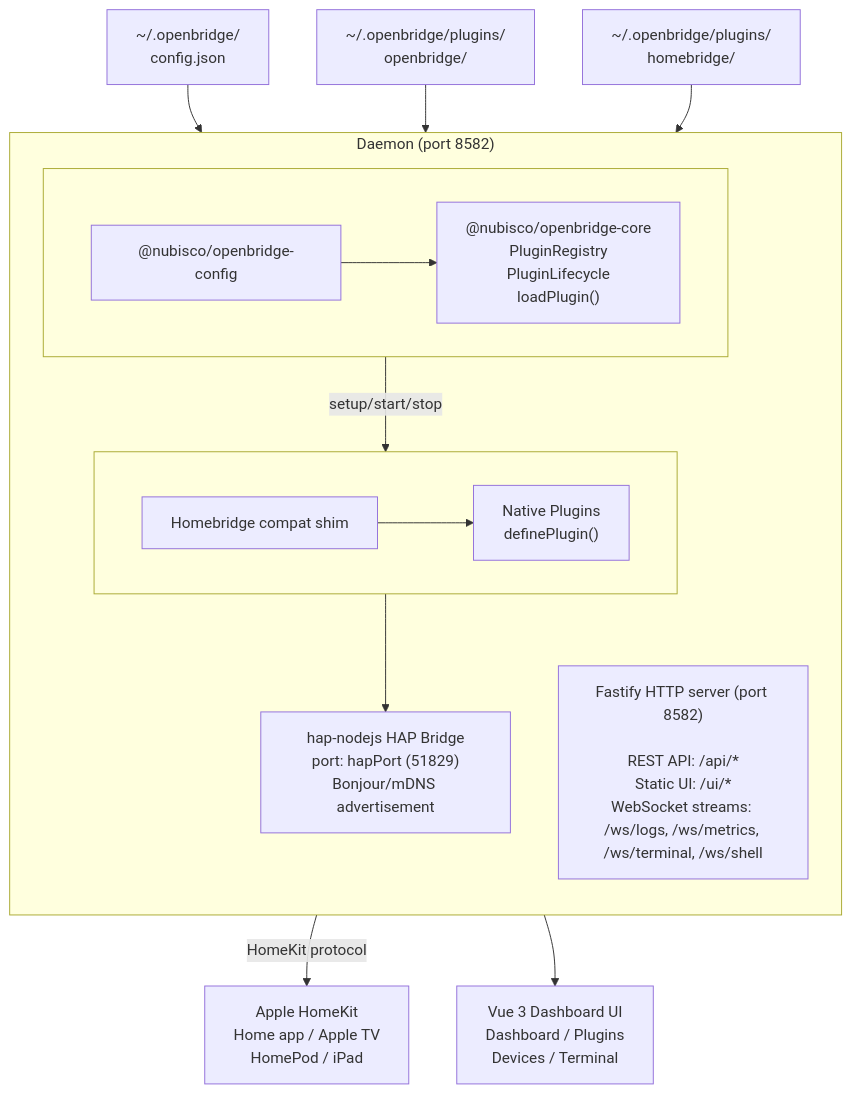
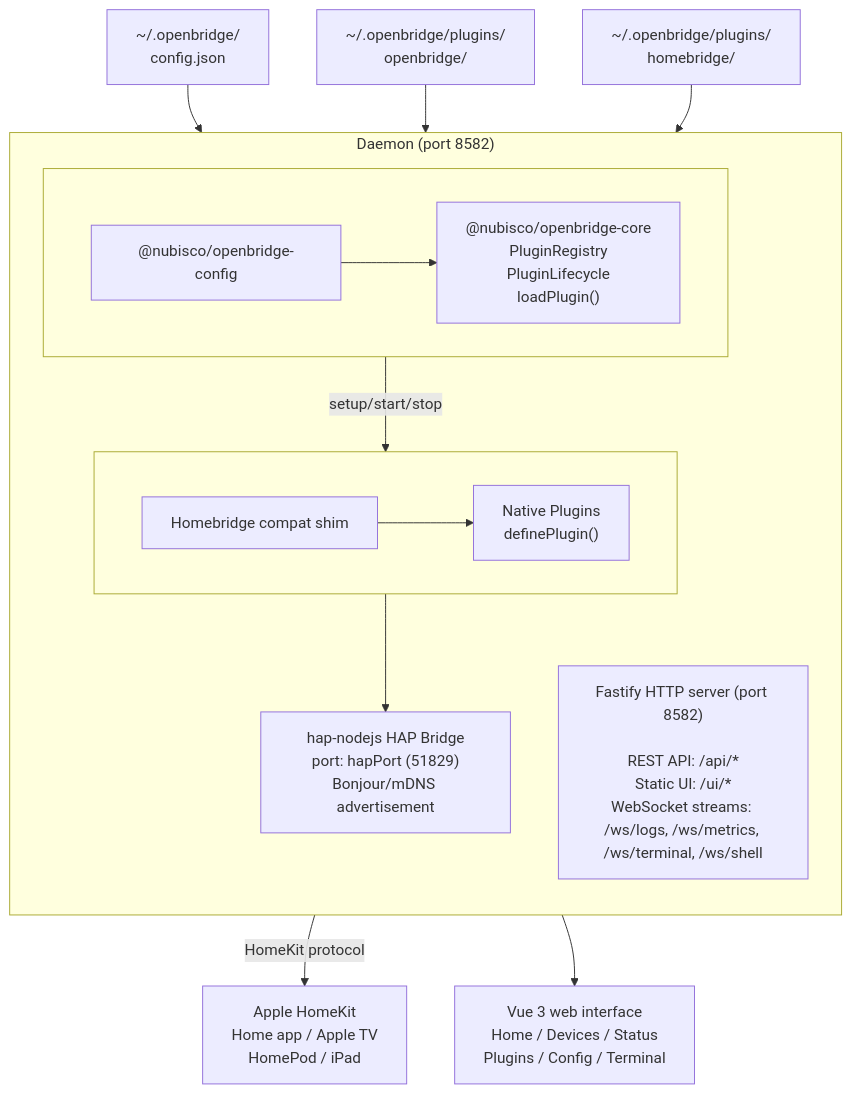
The diagram in apps/docs/docs/guide/architecture.md (nubisco/openbridge), drawn with Mermaid before and after one commit. The commit also changed 11 other files, not shown here.

````diff
--- a/apps/docs/docs/guide/architecture.md
+++ b/apps/docs/docs/guide/architecture.md
@@ -9,38 +9,38 @@
 ```mermaid
 flowchart TB
   configFile["~/.openbridge/<br/>config.json"]
   pluginsOpenbridge["~/.openbridge/plugins/<br/>openbridge/"]
   pluginsHomebridge["~/.openbridge/plugins/<br/>homebridge/"]
 
   subgraph daemon["Daemon (port 8582)"]
     direction TB
 
     subgraph daemonCoreRow[" "]
       direction LR
       cfg["@nubisco/openbridge-config"]
       core["@nubisco/openbridge-core<br/>PluginRegistry<br/>PluginLifecycle<br/>loadPlugin()"]
     end
 
     subgraph daemonPluginRow[" "]
       direction LR
       shim["Homebridge compat shim"]
       native["Native Plugins<br/>definePlugin()"]
     end
 
     hap["hap-nodejs HAP Bridge<br/>port: hapPort (51829)<br/>Bonjour/mDNS advertisement"]
     http["Fastify HTTP server (port 8582)<br/><br/>REST API: /api/*<br/>Static UI: /ui/*<br/>WebSocket streams: /ws/logs, /ws/metrics, /ws/terminal, /ws/shell"]
   end
 
   homekit["Apple HomeKit<br/>Home app / Apple TV<br/>HomePod / iPad"]
-  ui["Vue 3 Dashboard UI<br/>Dashboard / Plugins<br/>Devices / Terminal"]
+  ui["Vue 3 web interface<br/>Home / Devices / Status<br/>Plugins / Config / Terminal"]
 
   configFile --> cfg
   cfg --> core
   pluginsOpenbridge --> core
   pluginsHomebridge --> shim
   shim --> native
   core -->|setup/start/stop| native
   native --> hap
   hap -->|HomeKit protocol| homekit
   http --> ui
 ```
````
